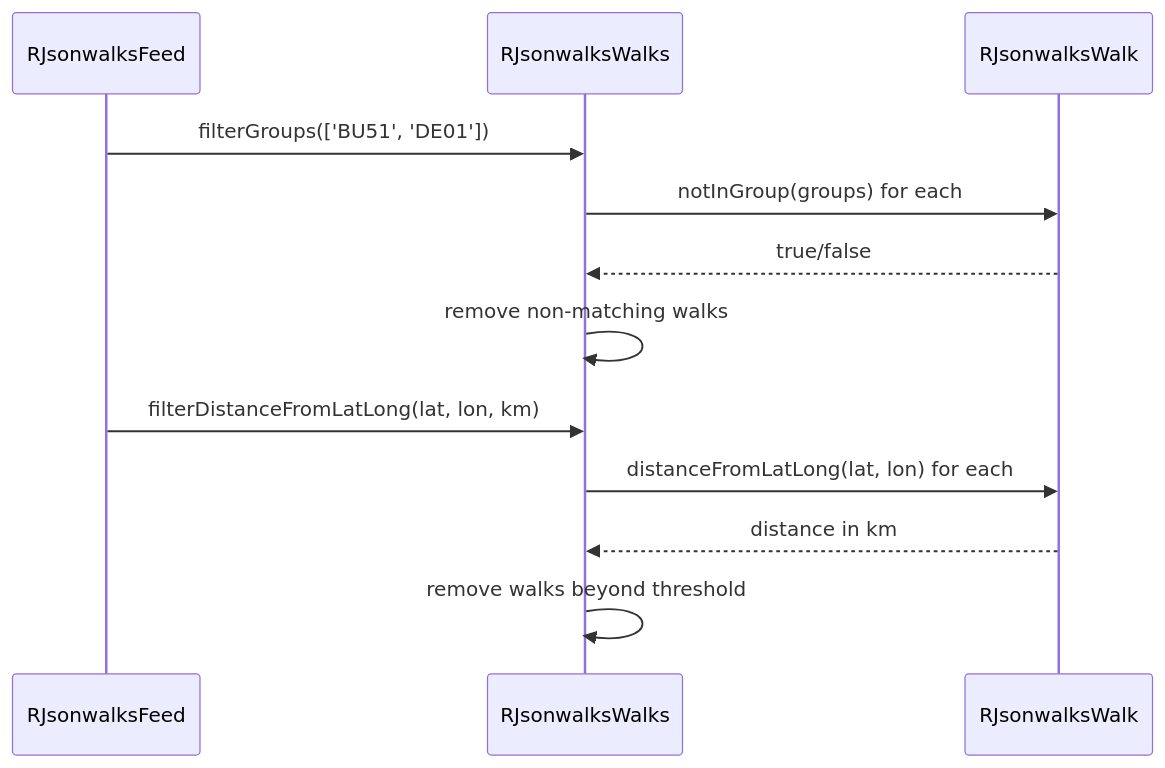
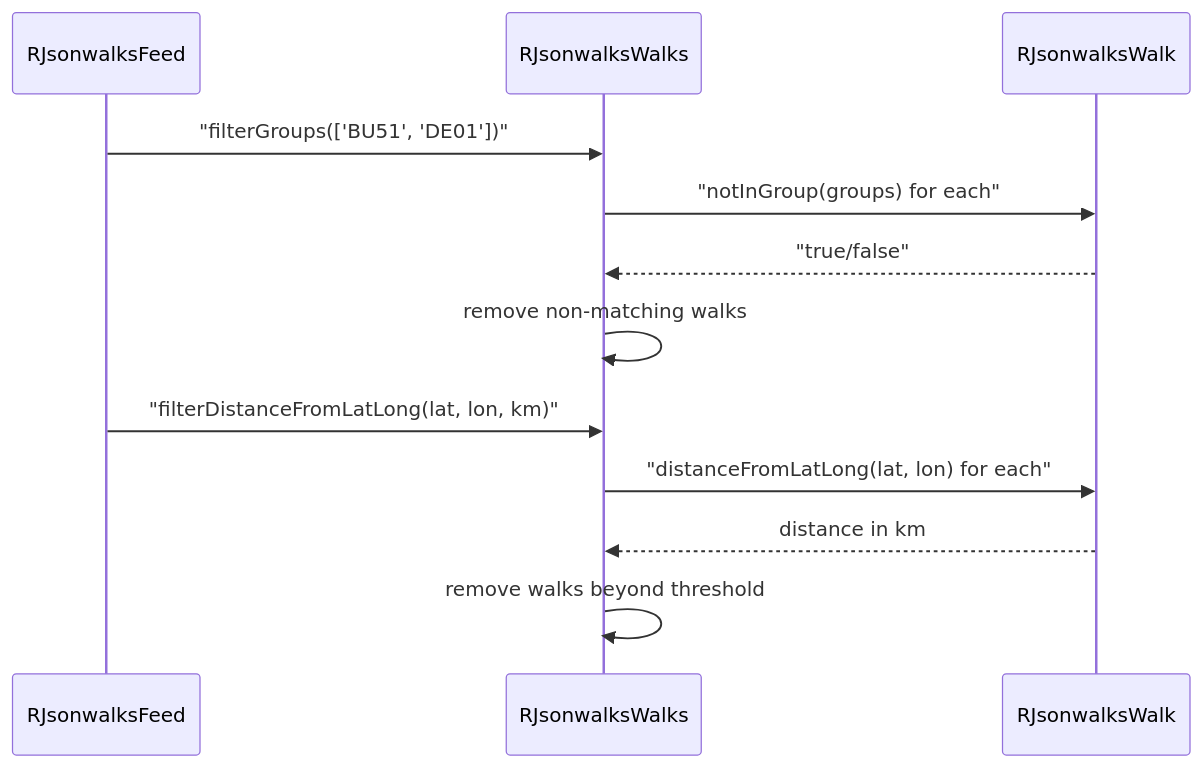
The third of 4 diagrams in jsonwalks/HLD.md (pauljrhodes/ramblers-library), drawn with Mermaid before and after one commit. The commit also changed other lines of this file and 33 other files, not shown here.

Commit message:
Normalize Mermaid diagrams for GitHub rendering

````diff
--- a/jsonwalks/HLD.md
+++ b/jsonwalks/HLD.md
@@ -277,16 +277,16 @@
 ```mermaid
 sequenceDiagram
     participant Feed as RJsonwalksFeed
     participant Walks as RJsonwalksWalks
     participant Walk as RJsonwalksWalk
 
-    Feed->>Walks: filterGroups(['BU51', 'DE01'])
-    Walks->>Walk: notInGroup(groups) for each
-    Walk-->>Walks: true/false
+    Feed->>Walks: "filterGroups(['BU51', 'DE01'])"
+    Walks->>Walk: "notInGroup(groups) for each"
+    Walk-->>Walks: "true/false"
     Walks->>Walks: remove non-matching walks
     
-    Feed->>Walks: filterDistanceFromLatLong(lat, lon, km)
-    Walks->>Walk: distanceFromLatLong(lat, lon) for each
+    Feed->>Walks: "filterDistanceFromLatLong(lat, lon, km)"
+    Walks->>Walk: "distanceFromLatLong(lat, lon) for each"
     Walk-->>Walks: distance in km
     Walks->>Walks: remove walks beyond threshold
 ```
````
